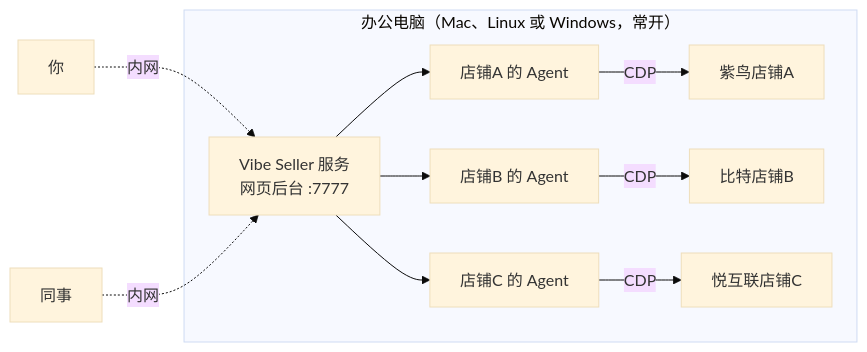
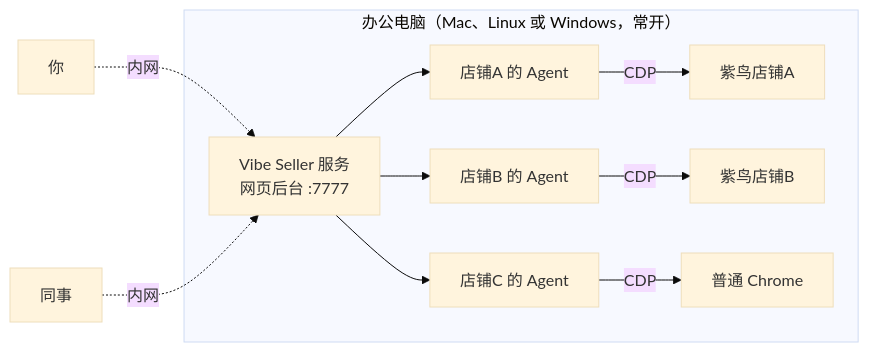
One commit to zpoint/vibe-seller changed the diagram in README.md. Above: the diagram before and after it, drawn with Mermaid (base theme). The commit also changed 3 other files, not shown here.

First line of the commit message:
docs: the homepage diagram goes back to two Ziniao stores and one Chrome

````diff
--- a/README.md
+++ b/README.md
@@ -41,14 +41,14 @@
 ```mermaid
 flowchart LR
     U1[你] -.内网.-> S
     U2[同事] -.内网.-> S
     subgraph OfficeHost["办公电脑（Mac、Linux 或 Windows，常开）"]
         S[Vibe Seller 服务<br/>网页后台 :7777]
         S --> A1[店铺A 的 Agent]
         S --> A2[店铺B 的 Agent]
         S --> A3[店铺C 的 Agent]
         A1 -->|CDP| Z1[紫鸟店铺A]
-        A2 -->|CDP| Z2[比特店铺B]
-        A3 -->|CDP| C1[悦互联店铺C]
+        A2 -->|CDP| Z2[紫鸟店铺B]
+        A3 -->|CDP| C1[普通 Chrome]
     end
 ```
````
